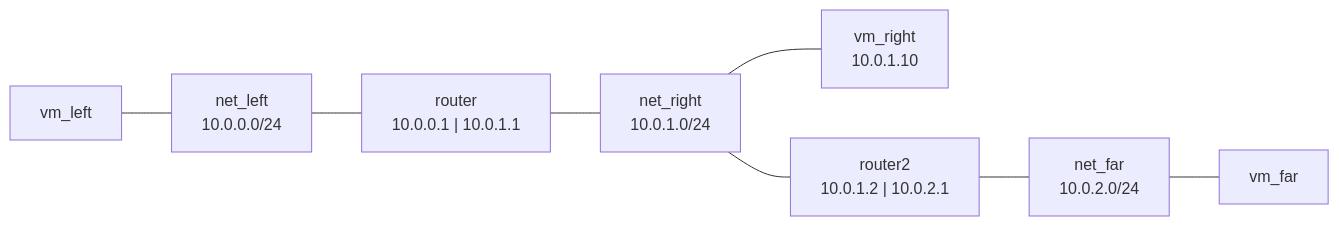
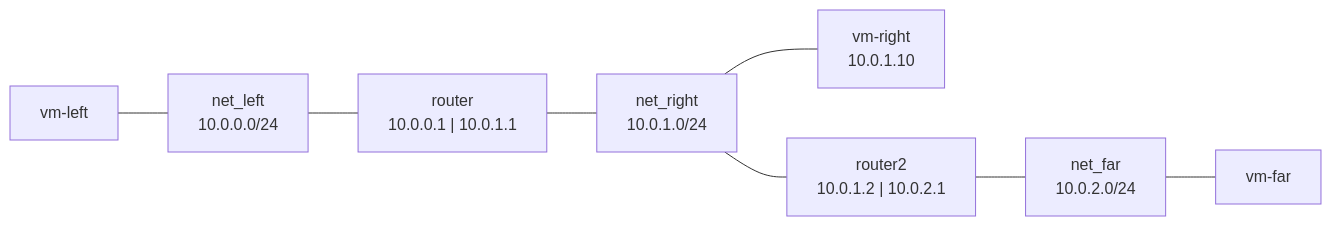
One commit to sandia-minimega/minimega changed the diagram in doc/content/training/miniclass/07-routers.md. Above: the diagram before and after it, drawn with Mermaid. The commit also changed other lines of this file and 40 other files, not shown here.

````diff
--- a/doc/content/training/miniclass/07-routers.md
+++ b/doc/content/training/miniclass/07-routers.md
@@ -113,10 +113,10 @@
 ```mermaid
 flowchart LR
-    vm_left["vm_left"] --- net_left["net_left<br/>10.0.0.0/24"]
+    vm-left["vm-left"] --- net_left["net_left<br/>10.0.0.0/24"]
     net_left --- router["router<br/>10.0.0.1 | 10.0.1.1"]
     router --- net_right["net_right<br/>10.0.1.0/24"]
-    net_right --- vm_right["vm_right<br/>10.0.1.10"]
+    net_right --- vm-right["vm-right<br/>10.0.1.10"]
     net_right --- router2["router2<br/>10.0.1.2 | 10.0.2.1"]
     router2 --- net_far["net_far<br/>10.0.2.0/24"]
-    net_far --- vm_far["vm_far"]
+    net_far --- vm-far["vm-far"]
 ```
````
